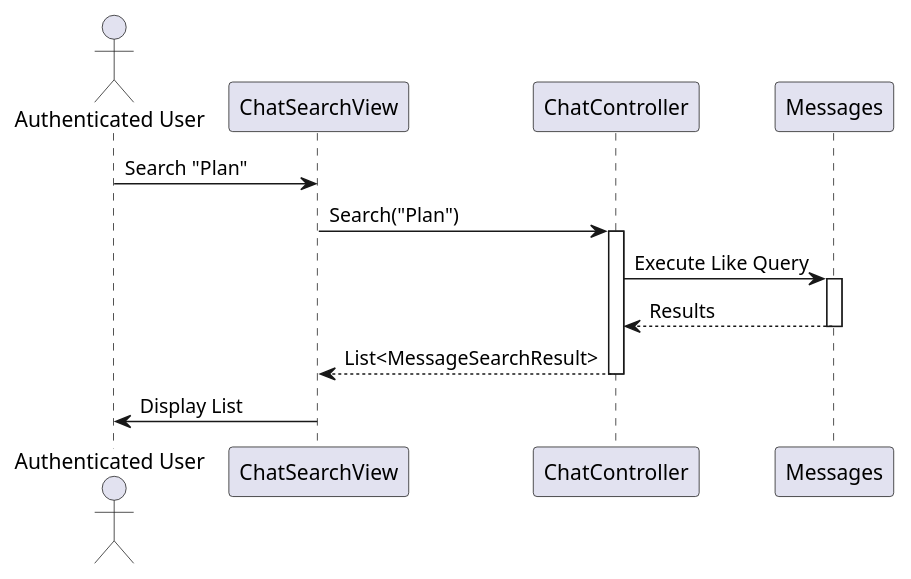
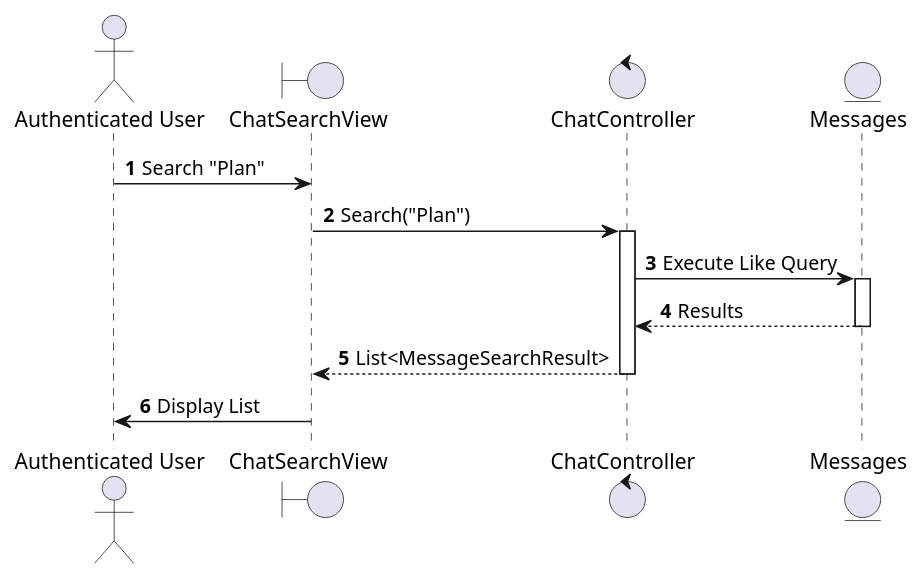
Before and after one commit to I-Love-U-3000/Favi-BE: diagram 12 of 16 in UC_2.1.7_Chat.md, drawn with PlantUML. The commit also changed other lines of this file and 36 other files, not shown here.

````diff
--- a/UC_2.1.7_Chat.md
+++ b/UC_2.1.7_Chat.md
@@ -489,19 +504,20 @@
 ```plantuml
 @startuml
+autonumber
 actor "Authenticated User" as User
-participant "ChatSearchView" as View
-participant "ChatController" as Controller
-participant "Messages" as DB
+boundary "ChatSearchView" as View
+control "ChatController" as Controller
+entity "Messages" as DB
 
 User -> View: Search "Plan"
 View -> Controller: Search("Plan")
 activate Controller
 Controller -> DB: Execute Like Query
 activate DB
 DB --> Controller: Results
 deactivate DB
 Controller --> View: List<MessageSearchResult>
 deactivate Controller
 View -> User: Display List
 @enduml
 ```
````
